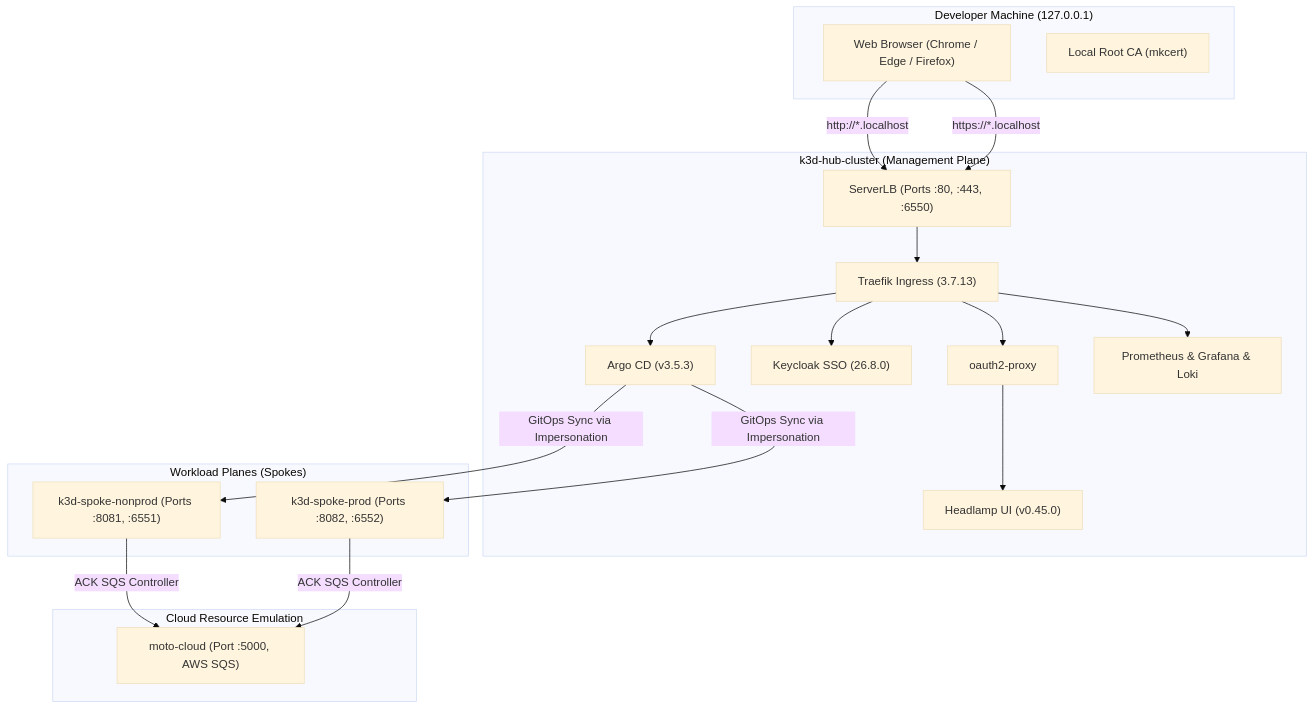
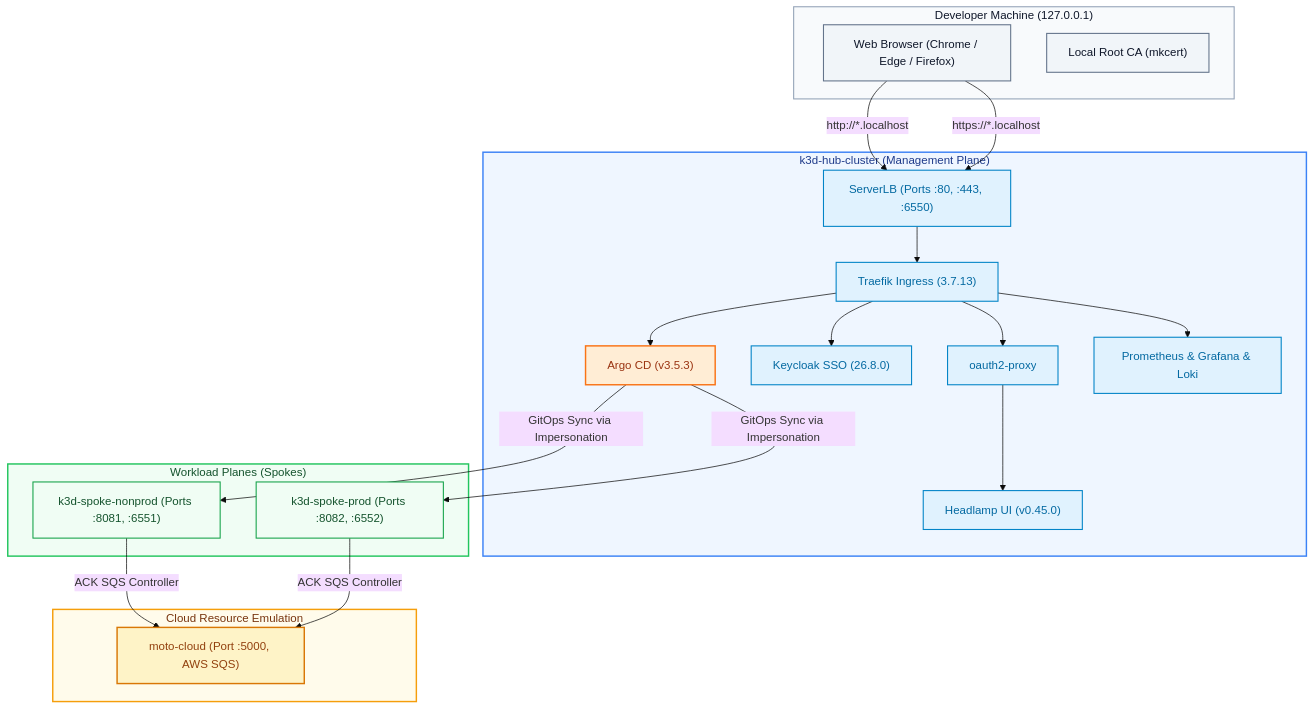
The first of 2 diagrams in docs/runbooks/devops-student-rebuild-guide.md (brunobml/gitops-control-plane), drawn with Mermaid (base theme) before and after one commit. The commit also changed 1 other file, not shown here.

Commit message:
docs: add colors and theme styling to Mermaid architecture diagrams in README and student guide

````diff
--- a/docs/runbooks/devops-student-rebuild-guide.md
+++ b/docs/runbooks/devops-student-rebuild-guide.md
@@ -15,40 +15,59 @@
 ```mermaid
 flowchart TD
+    %% Subgraph boundary styling
+    style Host fill:#f8fafc,stroke:#94a3b8,stroke-width:1.5px,color:#0f172a
+    style Hub fill:#eff6ff,stroke:#3b82f6,stroke-width:2px,color:#1e3a8a
+    style Spokes fill:#f0fdf4,stroke:#22c55e,stroke-width:2px,color:#14532d
+    style AWSMock fill:#fffbeb,stroke:#f59e0b,stroke-width:2px,color:#78350f
+
     subgraph Host ["Developer Machine (127.0.0.1)"]
         Browser["Web Browser (Chrome / Edge / Firefox)"]
         mkcert["Local Root CA (mkcert)"]
     end
 
     subgraph Hub ["k3d-hub-cluster (Management Plane)"]
         LB["ServerLB (Ports :80, :443, :6550)"]
         Traefik["Traefik Ingress (3.7.13)"]
         ArgoCD["Argo CD (v3.5.3)"]
         Keycloak["Keycloak SSO (26.8.0)"]
         OAuth2Proxy["oauth2-proxy"]
         Headlamp["Headlamp UI (v0.45.0)"]
         Monitoring["Prometheus & Grafana & Loki"]
     end
 
     subgraph Spokes ["Workload Planes (Spokes)"]
         SpokeNonProd["k3d-spoke-nonprod (Ports :8081, :6551)"]
         SpokeProd["k3d-spoke-prod (Ports :8082, :6552)"]
     end
 
     subgraph AWSMock ["Cloud Resource Emulation"]
         Moto["moto-cloud (Port :5000, AWS SQS)"]
     end
 
     Browser -->|http://*.localhost| LB
     Browser -->|https://*.localhost| LB
     LB --> Traefik
     Traefik --> ArgoCD
     Traefik --> Keycloak
     Traefik --> OAuth2Proxy --> Headlamp
     Traefik --> Monitoring
 
     ArgoCD -->|GitOps Sync via Impersonation| SpokeNonProd
     ArgoCD -->|GitOps Sync via Impersonation| SpokeProd
 
     SpokeNonProd -->|ACK SQS Controller| Moto
     SpokeProd -->|ACK SQS Controller| Moto
+
+    %% Node color classes
+    classDef hostItem fill:#f1f5f9,stroke:#64748b,stroke-width:1.5px,color:#0f172a;
+    classDef hubItem fill:#e0f2fe,stroke:#0284c7,stroke-width:1.5px,color:#0369a1;
+    classDef argo fill:#ffedd5,stroke:#f97316,stroke-width:2px,color:#9a3412;
+    classDef spokeItem fill:#f0fdf4,stroke:#16a34a,stroke-width:1.5px,color:#14532d;
+    classDef cloudItem fill:#fef3c7,stroke:#d97706,stroke-width:2px,color:#92400e;
+
+    class Browser,mkcert hostItem;
+    class LB,Traefik,Keycloak,OAuth2Proxy,Headlamp,Monitoring hubItem;
+    class ArgoCD argo;
+    class SpokeNonProd,SpokeProd spokeItem;
+    class Moto cloudItem;
 ```
````
